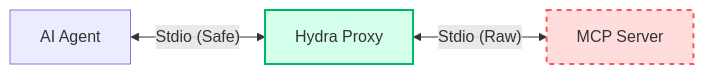
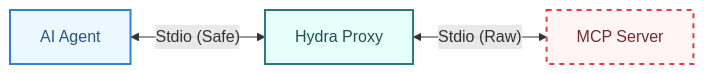
One commit to proxikal/hydra-mcp changed the diagram in README.md. Above: the diagram before and after it, drawn with Mermaid.

Commit message:
Update Mermaid diagram colors to be dark-mode friendly

````diff
--- a/README.md
+++ b/README.md
@@ -25,8 +25,9 @@
 ```mermaid
 graph LR
     AI["AI Agent"] <-->|"Stdio (Safe)"| Hydra["Hydra Proxy"]
     Hydra <-->|"Stdio (Raw)"| Child["MCP Server"]
     
-    style Hydra fill:#d4ffea,stroke:#00b862,stroke-width:2px
-    style Child fill:#ffdddd,stroke:#ff5555,stroke-width:2px,stroke-dasharray: 5 5
+    style Hydra fill:#e6fffa,stroke:#2c7a7b,stroke-width:2px,color:#234e52
+    style Child fill:#fff5f5,stroke:#e53e3e,stroke-width:2px,stroke-dasharray: 5 5,color:#742a2a
+    style AI fill:#ebf8ff,stroke:#3182ce,stroke-width:2px,color:#2c5282
 ```
````
